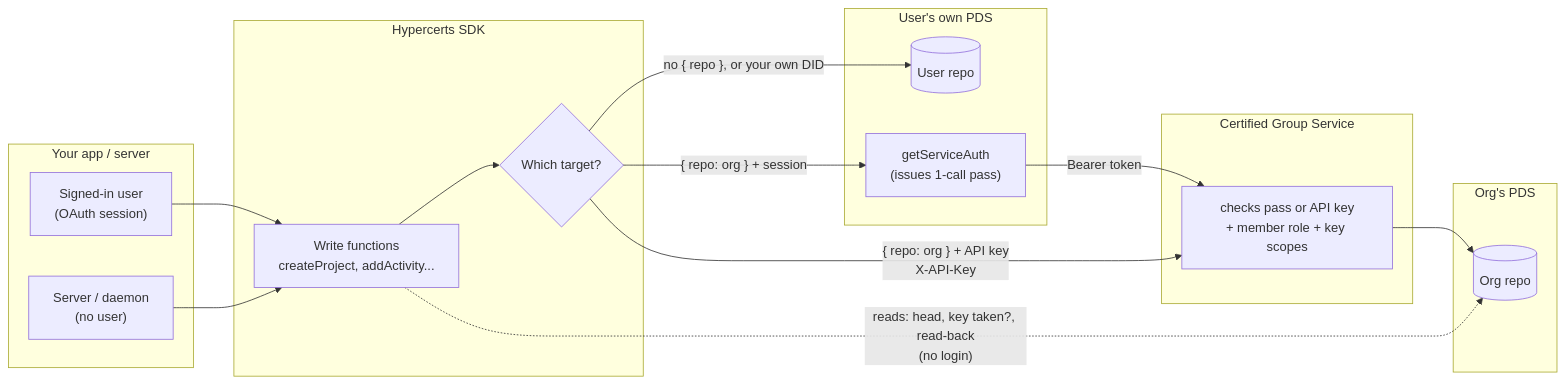
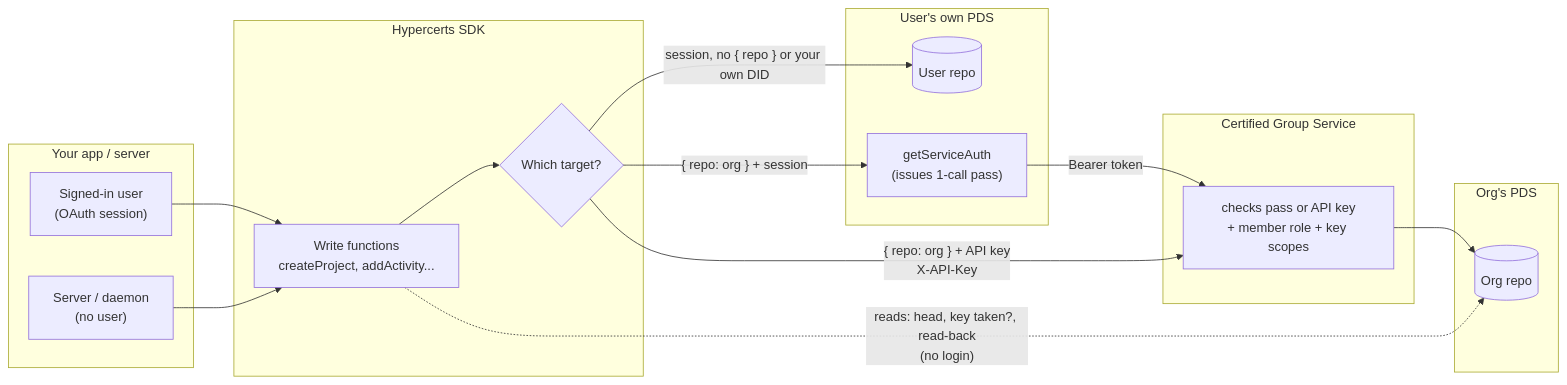
One commit to hypercerts-org/sdk changed the first of 4 diagrams in docs/org-writes.md. Above: the diagram before and after it, drawn with Mermaid. The commit also changed other lines of this file, not shown here.

````diff
--- a/docs/org-writes.md
+++ b/docs/org-writes.md
@@ -9,30 +9,30 @@
 ```mermaid
 flowchart LR
   subgraph App["Your app / server"]
     U["Signed-in user<br/>(OAuth session)"]
     D["Server / daemon<br/>(no user)"]
   end
   subgraph SDK["Hypercerts SDK"]
     W["Write functions<br/>createProject, addActivity..."]
     T{"Which target?"}
   end
   subgraph Own["User's own PDS"]
     P[(User repo)]
     SA["getServiceAuth<br/>(issues 1-call pass)"]
   end
   subgraph CGS["Certified Group Service"]
     C["checks pass or API key<br/>+ member role + key scopes"]
   end
   subgraph Org["Org's PDS"]
     O[(Org repo)]
   end
   U --> W
   D --> W
   W --> T
-  T -->|"no { repo }, or your own DID"| P
+  T -->|"session, no { repo } or your own DID"| P
   T -->|"{ repo: org } + session"| SA
   SA -->|"Bearer token"| C
   T -->|"{ repo: org } + API key<br/>X-API-Key"| C
   C --> O
   W -.->|"reads: head, key taken?, read-back<br/>(no login)"| O
 ```
````
